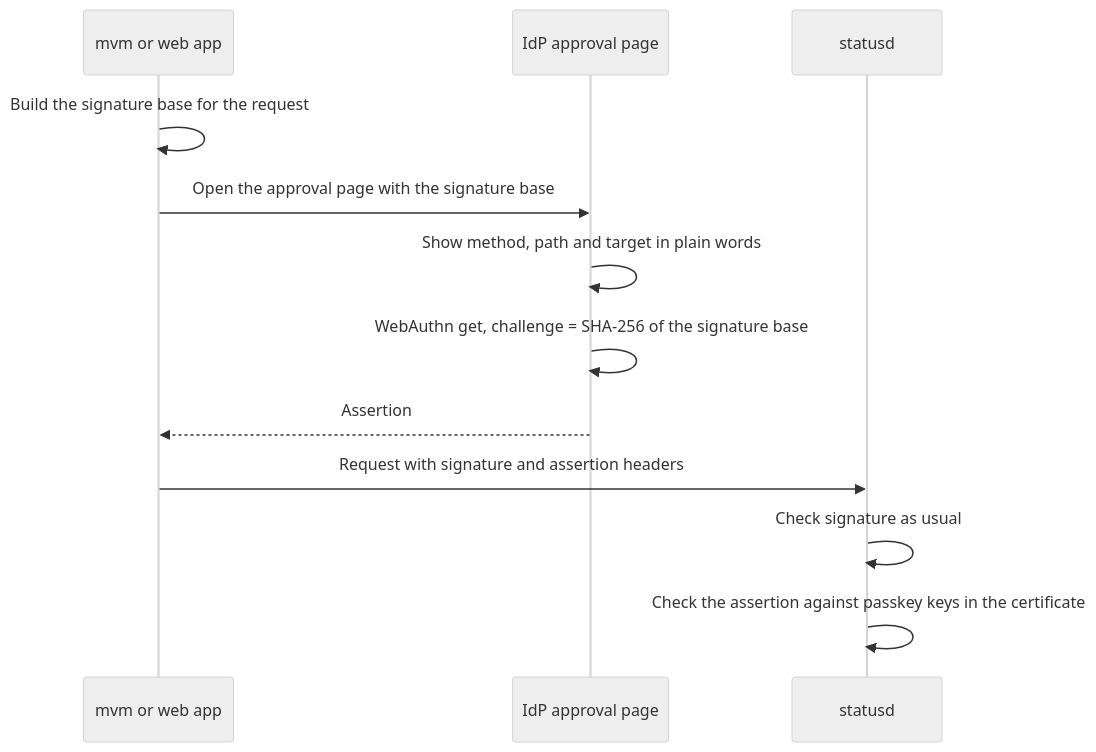
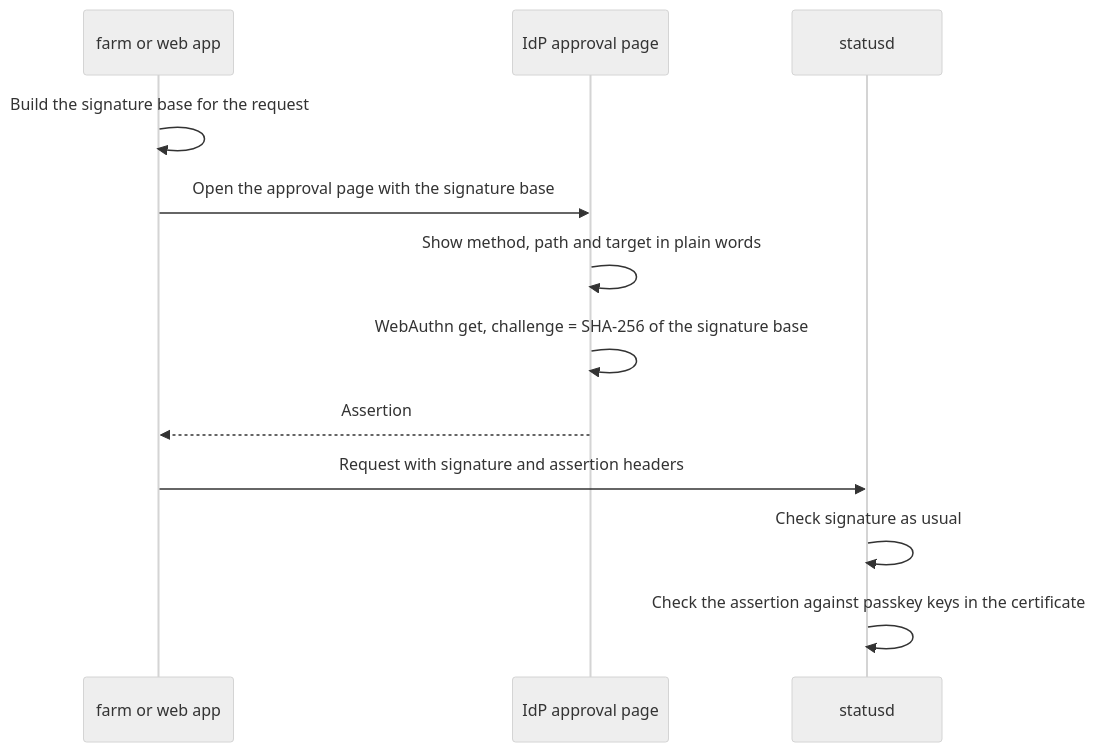
Before and after one commit to oxgen1/sso: the diagram in docs/design.md, drawn with Mermaid (neutral theme). The commit also changed other lines of this file and 21 other files, not shown here.

First line of the commit message:
sso: hash-chained audit log; the CLI client is farm, not mvm

````diff
--- a/docs/design.md
+++ b/docs/design.md
@@ -104,14 +104,14 @@
 ```mermaid
 sequenceDiagram
-  participant C as mvm or web app
+  participant C as farm or web app
   participant I as IdP approval page
   participant S as statusd
   C->>C: Build the signature base for the request
   C->>I: Open the approval page with the signature base
   I->>I: Show method, path and target in plain words
   I->>I: WebAuthn get, challenge = SHA-256 of the signature base
   I-->>C: Assertion
   C->>S: Request with signature and assertion headers
   S->>S: Check signature as usual
   S->>S: Check the assertion against passkey keys in the certificate
 ```
````
